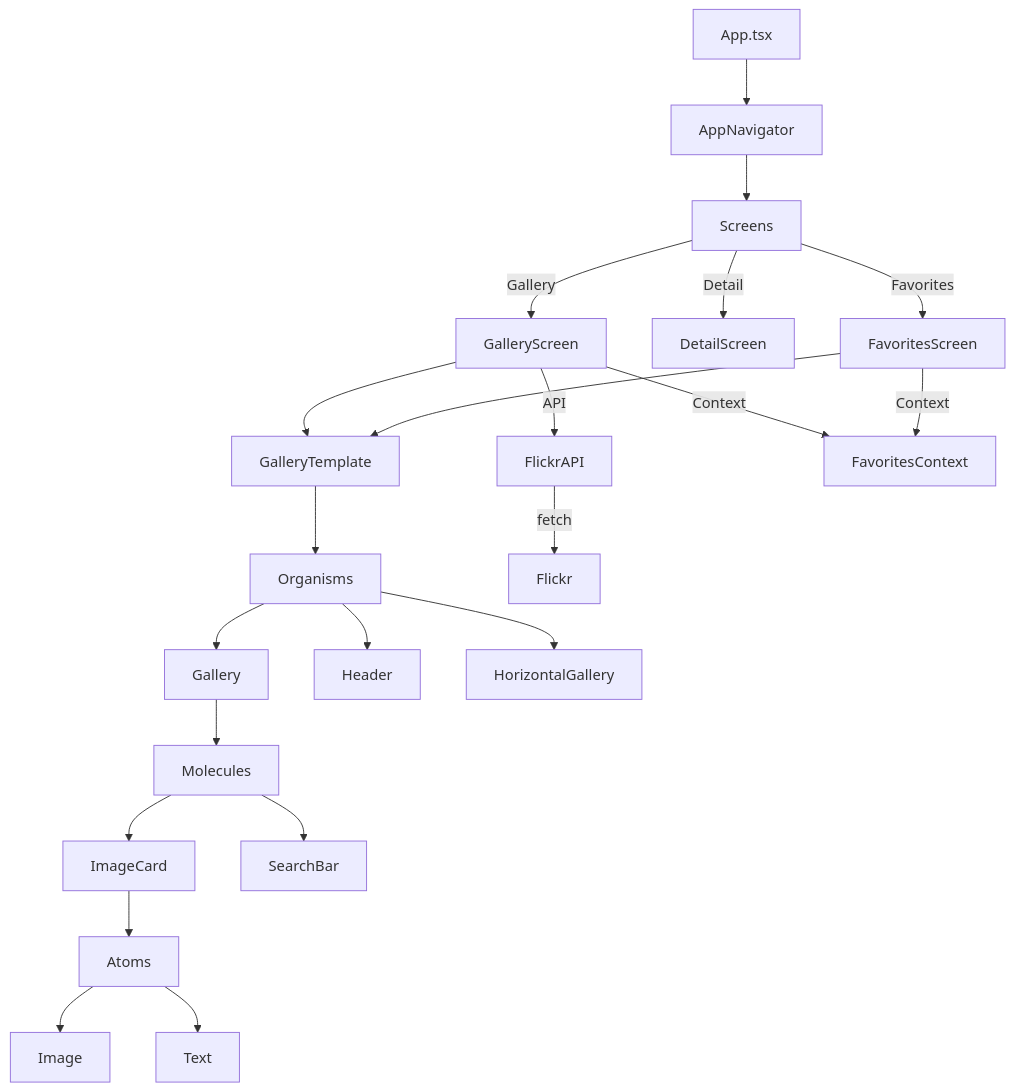
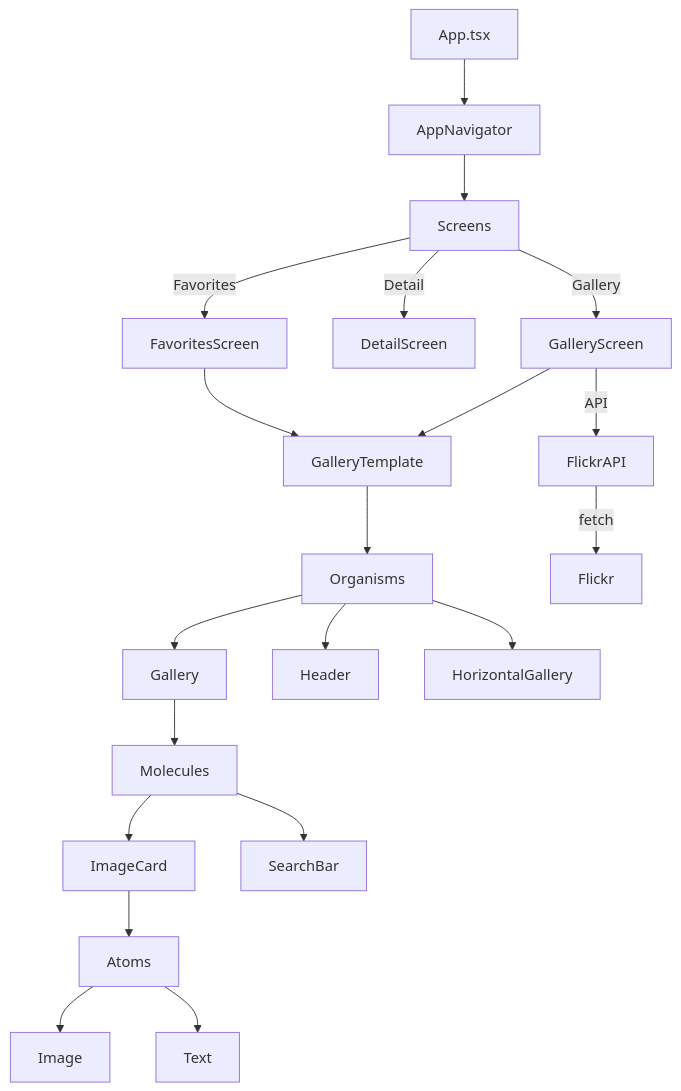
The diagram in docs/PROJECT_OVERVIEW.md (krishnamanieee/PutzmeisterGallery), drawn with Mermaid before and after one commit. The commit also changed 2 other files, not shown here.

````diff
--- a/docs/PROJECT_OVERVIEW.md
+++ b/docs/PROJECT_OVERVIEW.md
@@ -44,24 +44,22 @@
 ```mermaid
 graph TD
   App[App.tsx] --> Navigation[AppNavigator]
   Navigation --> Screens
   Screens -->|Gallery| GalleryScreen
   Screens -->|Detail| DetailScreen
   Screens -->|Favorites| FavoritesScreen
   GalleryScreen --> GalleryTemplate
   FavoritesScreen --> GalleryTemplate
   GalleryTemplate --> Organisms
   Organisms --> Gallery
   Organisms --> Header
   Organisms --> HorizontalGallery
   Gallery --> Molecules
   Molecules --> ImageCard
   Molecules --> SearchBar
   ImageCard --> Atoms
   Atoms --> Image
   Atoms --> Text
   GalleryScreen -->|API| FlickrAPI
   FlickrAPI -->|fetch| Flickr
-  GalleryScreen -->|Context| FavoritesContext
-  FavoritesScreen -->|Context| FavoritesContext
 ``` 
````
